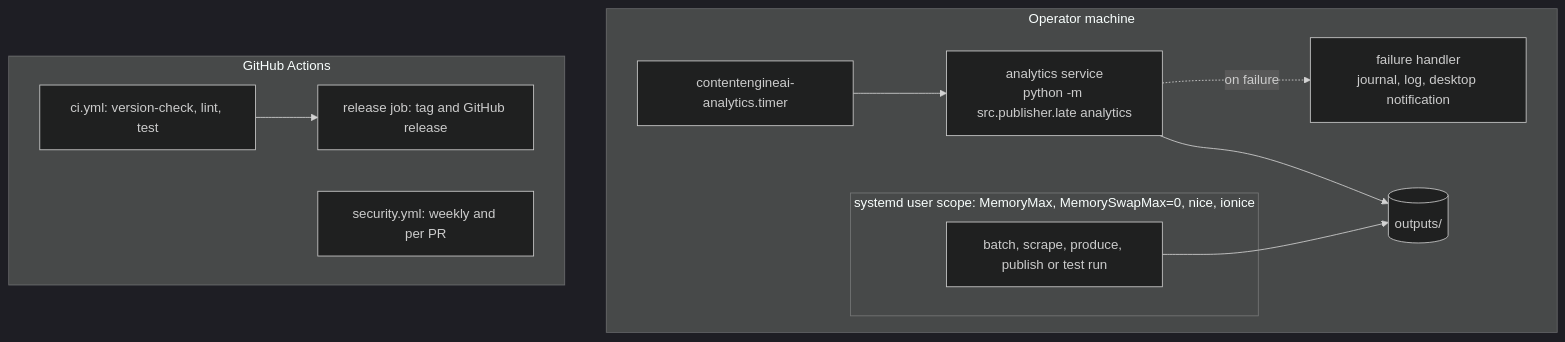
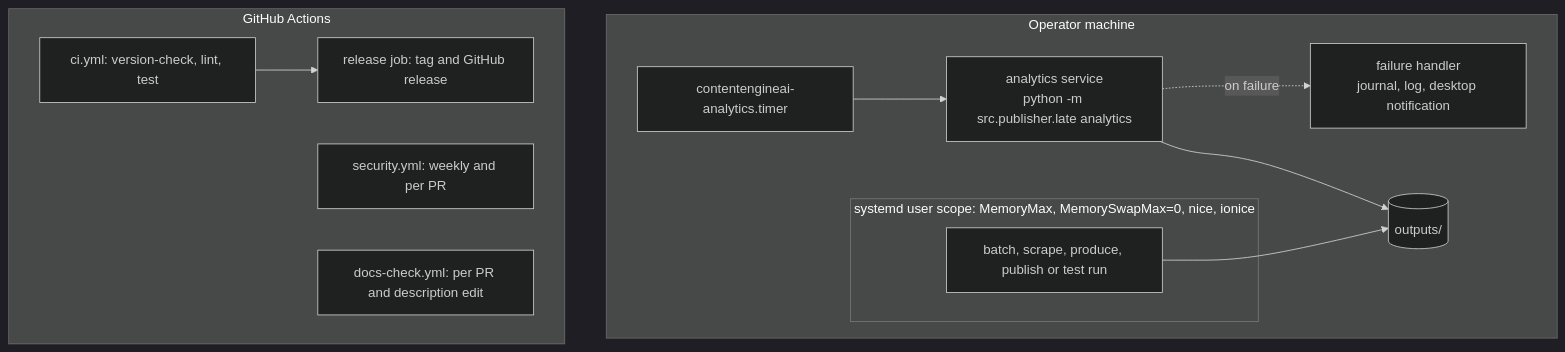
The fifth of 5 diagrams in docs/architecture.md (stkzlv/ContentEngineAI), drawn with Mermaid (dark theme) before and after one commit. The commit also changed other lines of this file and 11 other files, not shown here.

````diff
--- a/docs/architecture.md
+++ b/docs/architecture.md
@@ -218,17 +218,18 @@
 ```mermaid
 flowchart TB
     subgraph machine["Operator machine"]
         subgraph scope["systemd user scope: MemoryMax, MemorySwapMax=0, nice, ionice"]
             run["batch, scrape, produce, publish or test run"]
         end
         timer["contentengineai-analytics.timer"] --> svc["analytics service<br/>python -m src.publisher.late analytics"]
         svc -.->|on failure| notify["failure handler<br/>journal, log, desktop notification"]
         outputs[("outputs/")]
         run --> outputs
         svc --> outputs
     end
     subgraph gh["GitHub Actions"]
         ci["ci.yml: version-check, lint, test"] --> rel["release job: tag and GitHub release"]
         sec["security.yml: weekly and per PR"]
+        dc["docs-check.yml: per PR and description edit"]
     end
 ```
````
